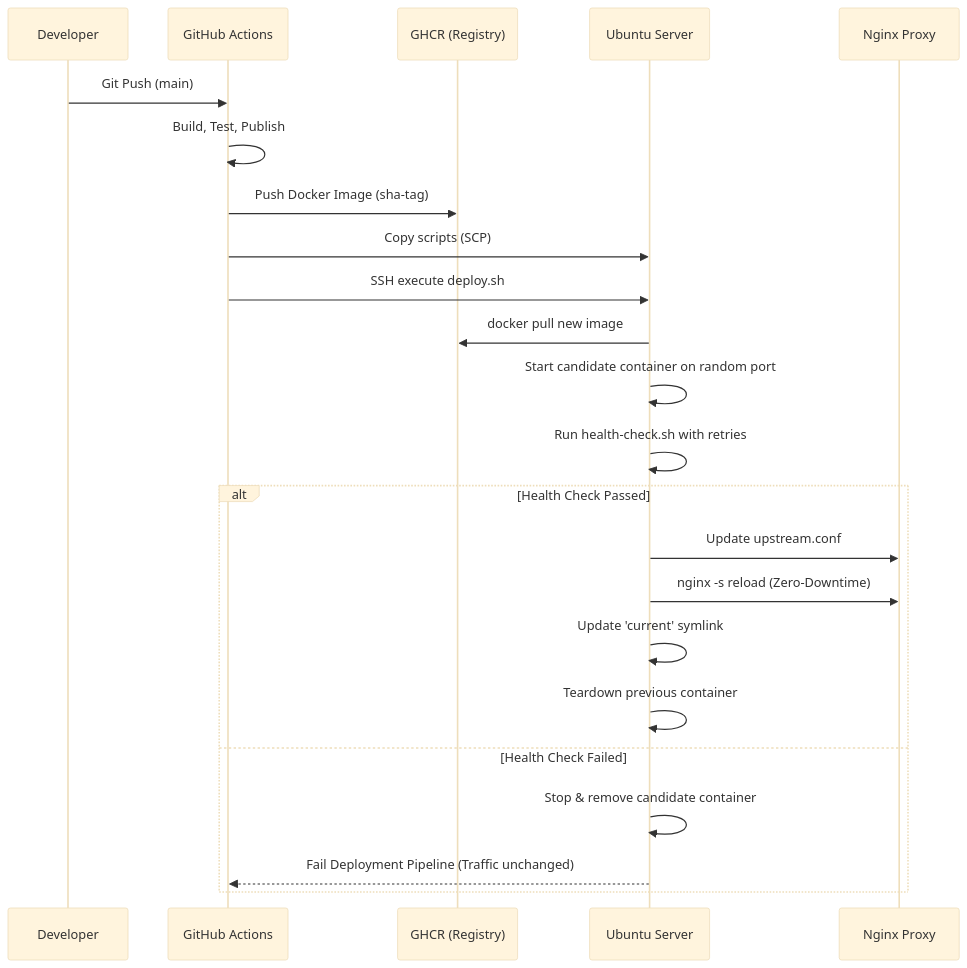
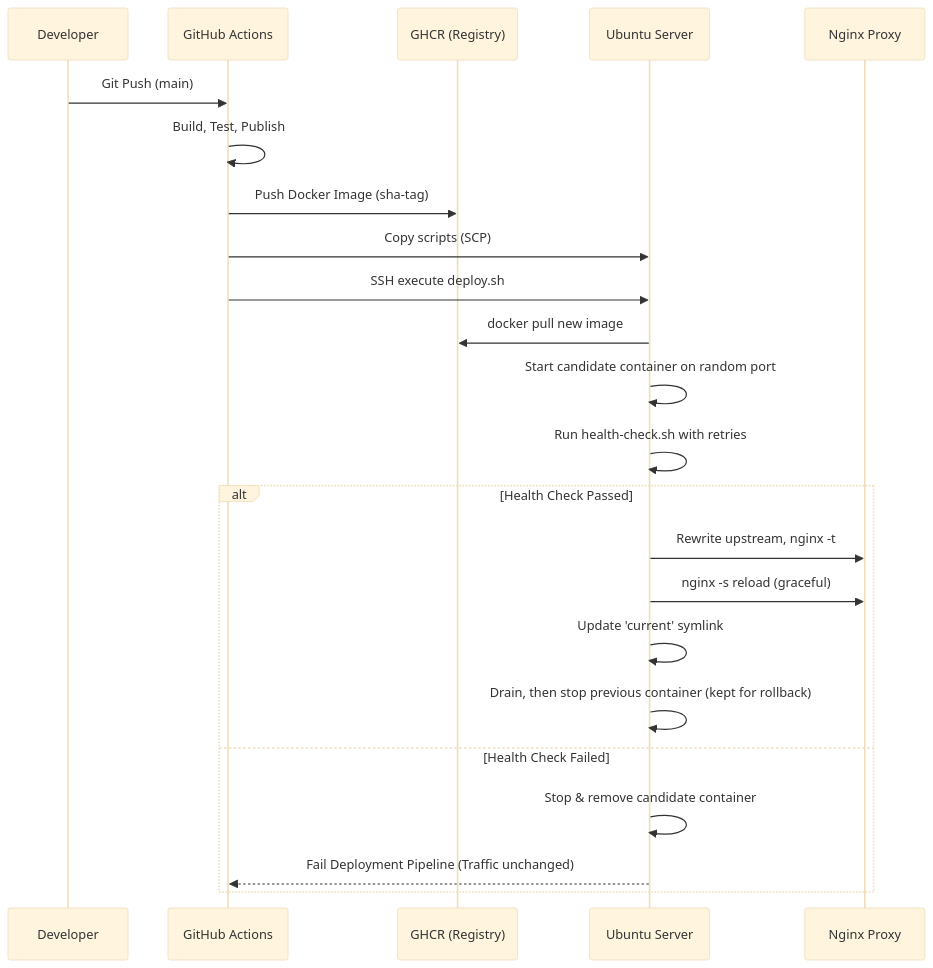
One commit to Asharkhalid/deployflow changed the diagram in README.md. Above: the diagram before and after it, drawn with Mermaid (base theme). The commit also changed other lines of this file and 14 other files, not shown here.

````diff
--- a/README.md
+++ b/README.md
@@ -13,26 +15,26 @@
 ```mermaid
 sequenceDiagram
     participant Dev as Developer
     participant GH as GitHub Actions
     participant Reg as GHCR (Registry)
     participant VM as Ubuntu Server
     participant Nginx as Nginx Proxy
 
     Dev->>GH: Git Push (main)
     GH->>GH: Build, Test, Publish
     GH->>Reg: Push Docker Image (sha-tag)
     GH->>VM: Copy scripts (SCP)
     GH->>VM: SSH execute deploy.sh
     VM->>Reg: docker pull new image
     VM->>VM: Start candidate container on random port
     VM->>VM: Run health-check.sh with retries
     alt Health Check Passed
-        VM->>Nginx: Update upstream.conf
-        VM->>Nginx: nginx -s reload (Zero-Downtime)
+        VM->>Nginx: Rewrite upstream, nginx -t
+        VM->>Nginx: nginx -s reload (graceful)
         VM->>VM: Update 'current' symlink
-        VM->>VM: Teardown previous container
+        VM->>VM: Drain, then stop previous container (kept for rollback)
     else Health Check Failed
         VM->>VM: Stop & remove candidate container
         VM-->>GH: Fail Deployment Pipeline (Traffic unchanged)
     end
 ```
````
